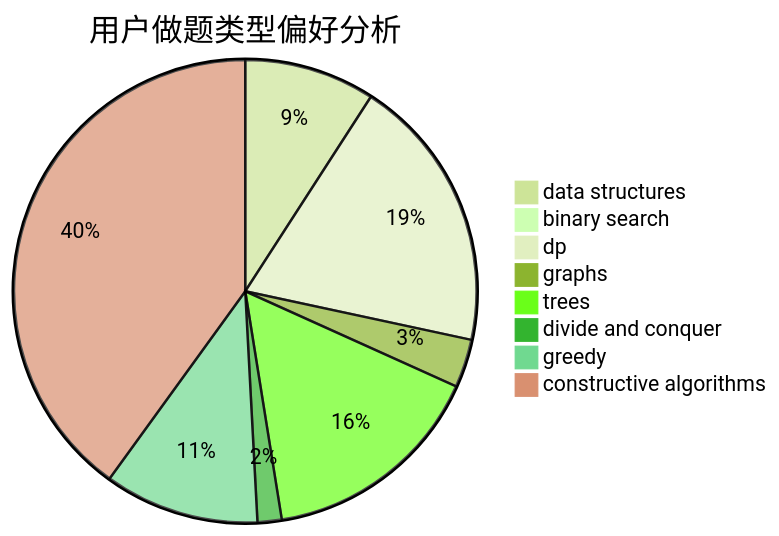
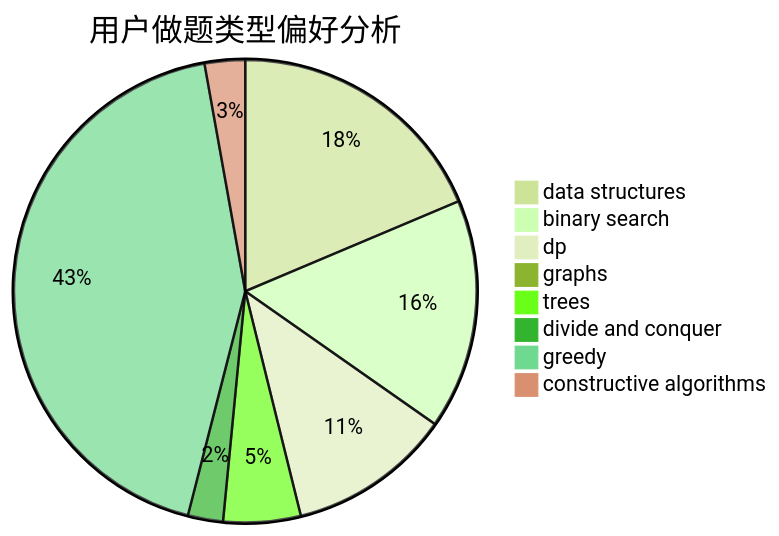
Before and after one commit to sherpahu/cfrs.github.io: the second of 3 diagrams in docs/user/u1626.md, drawn with Mermaid (forest theme). The commit also changed other lines of this file and 2770 other files, not shown here.

````diff
--- a/docs/user/u1626.md
+++ b/docs/user/u1626.md
@@ -23,11 +23,11 @@
 ```mermaid
 pie title 用户做题类型偏好分析
-    "data structures" :  65
-    "binary search" :  6
-    "dp" :  137
-    "graphs" :  24
-    "trees" :  112
-    "divide and conquer" :  12
-    "greedy" :  77
-    "constructive algorithms" :  285
+    "data structures" :  152
+    "binary search" :  131
+    "dp" :  93
+    "graphs" :  8
+    "trees" :  44
+    "divide and conquer" :  20
+    "greedy" :  352
+    "constructive algorithms" :  23
 ```
````
